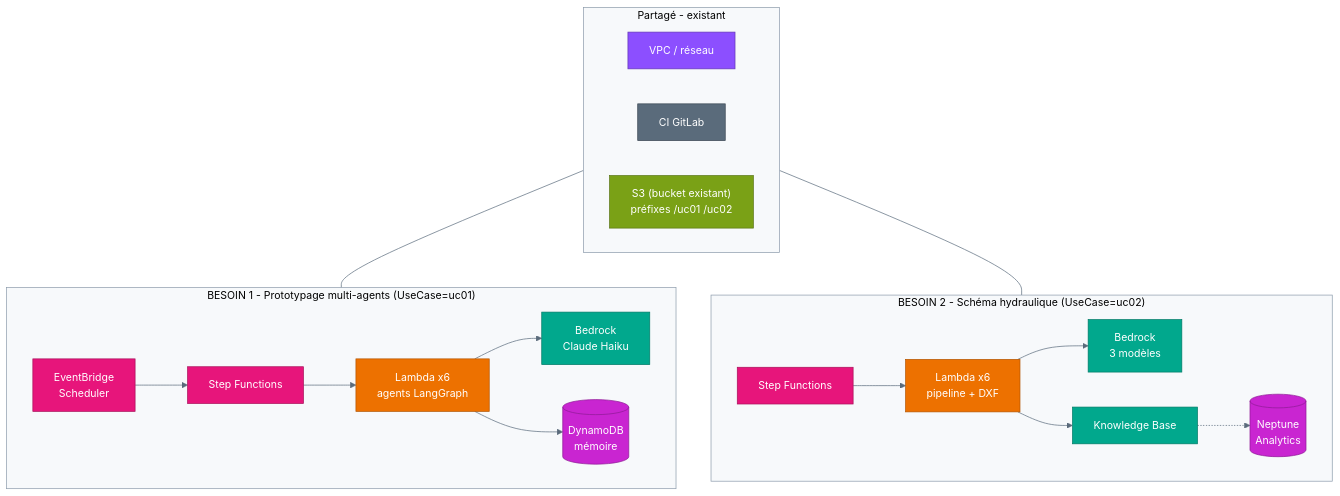
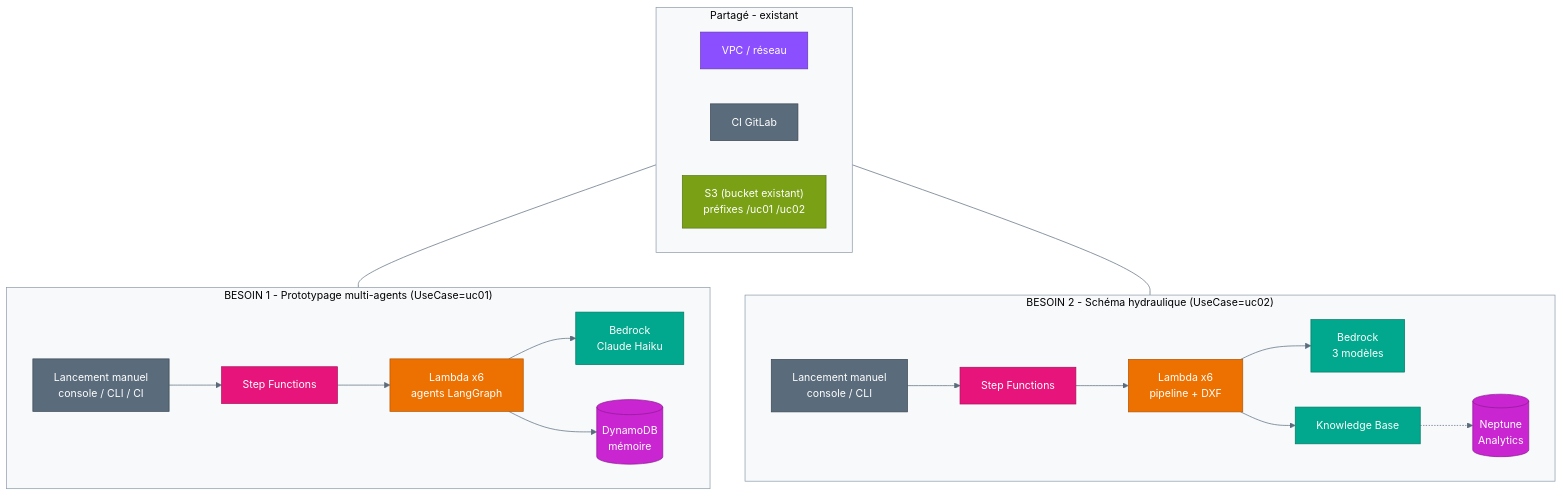
One commit to aymane-benchhab/aymane-benchhab changed the diagram in docs/diagrams/00-vue-ensemble.mmd. Above: the diagram before and after it, drawn with Mermaid. The commit also changed 8 other files, not shown here.

First line of the commit message:
Remove EventBridge from dev phase: manual Step Functions launch

```diff
--- a/docs/diagrams/00-vue-ensemble.mmd
+++ b/docs/diagrams/00-vue-ensemble.mmd
@@ -1,34 +1,34 @@
 %%{init: {'theme':'base','themeVariables':{'fontFamily':'Arial','fontSize':'15px','primaryColor':'#ffffff','clusterBkg':'#F7F9FB','clusterBorder':'#8C9BAB','lineColor':'#5A6B7B'}}}%%
 flowchart TB
   subgraph SH["Partagé  -  existant"]
     direction LR
     VPC["VPC / réseau"]:::net
     CI["CI GitLab"]:::mgmt
     S3["S3 (bucket existant)<br/>préfixes /uc01 /uc02"]:::storage
   end
 
   subgraph UC1["BESOIN 1  -  Prototypage multi-agents  (UseCase=uc01)"]
     direction LR
-    A1["EventBridge<br/>Scheduler"]:::integ --> A2["Step Functions"]:::integ --> A3["Lambda x6<br/>agents LangGraph"]:::compute
+    A1["Lancement manuel<br/>console / CLI / CI"]:::mgmt --> A2["Step Functions"]:::integ --> A3["Lambda x6<br/>agents LangGraph"]:::compute
     A3 --> A4["Bedrock<br/>Claude Haiku"]:::ai
     A3 --> A5[("DynamoDB<br/>mémoire")]:::db
   end
 
   subgraph UC2["BESOIN 2  -  Schéma hydraulique  (UseCase=uc02)"]
     direction LR
-    B1["Step Functions"]:::integ --> B2["Lambda x6<br/>pipeline + DXF"]:::compute
+    B0["Lancement manuel<br/>console / CLI"]:::mgmt --> B1["Step Functions"]:::integ --> B2["Lambda x6<br/>pipeline + DXF"]:::compute
     B2 --> B3["Bedrock<br/>3 modèles"]:::ai
     B2 --> B4["Knowledge Base"]:::ai
     B4 -.-> B5[("Neptune<br/>Analytics")]:::db
   end
 
   SH --- UC1
   SH --- UC2
 
   classDef compute fill:#ED7100,stroke:#B35500,color:#fff
   classDef integ fill:#E7157B,stroke:#A80F59,color:#fff
   classDef ai fill:#01A88D,stroke:#017A66,color:#fff
   classDef db fill:#C925D1,stroke:#8F1A95,color:#fff
   classDef storage fill:#7AA116,stroke:#577311,color:#fff
   classDef net fill:#8C4FFF,stroke:#6236B3,color:#fff
   classDef mgmt fill:#5A6B7B,stroke:#3B4753,color:#fff
```
